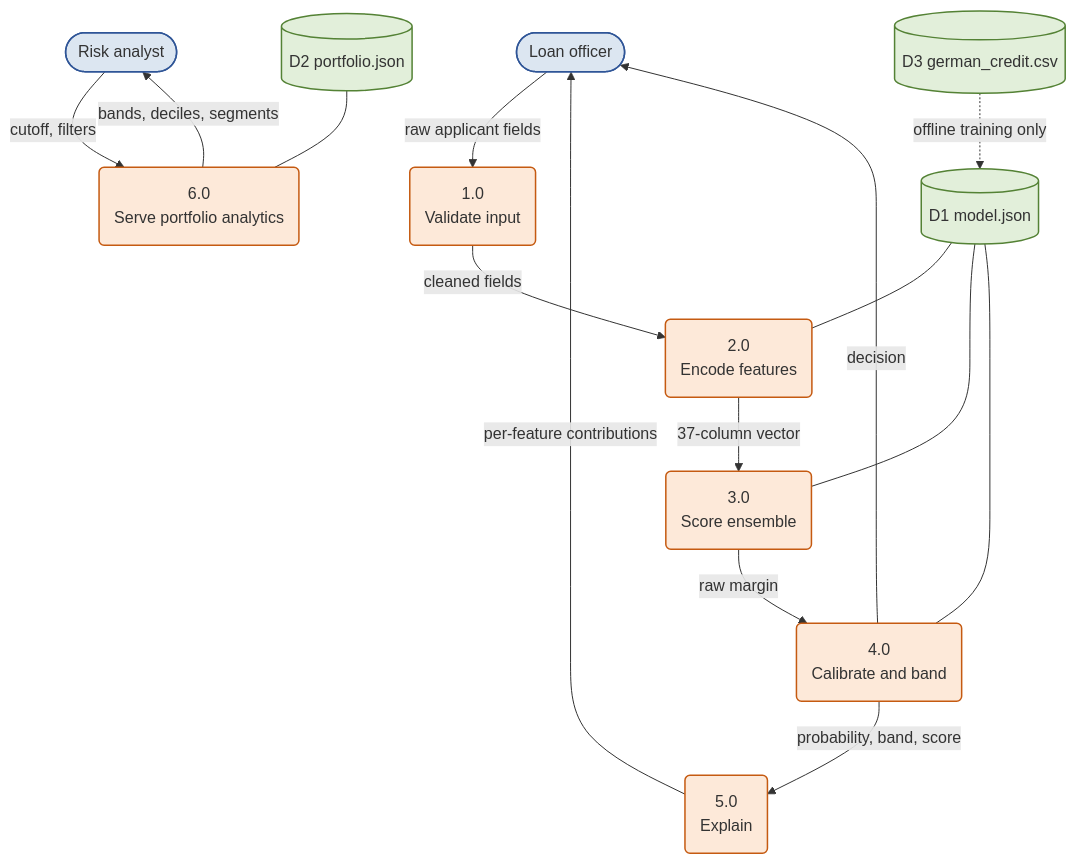
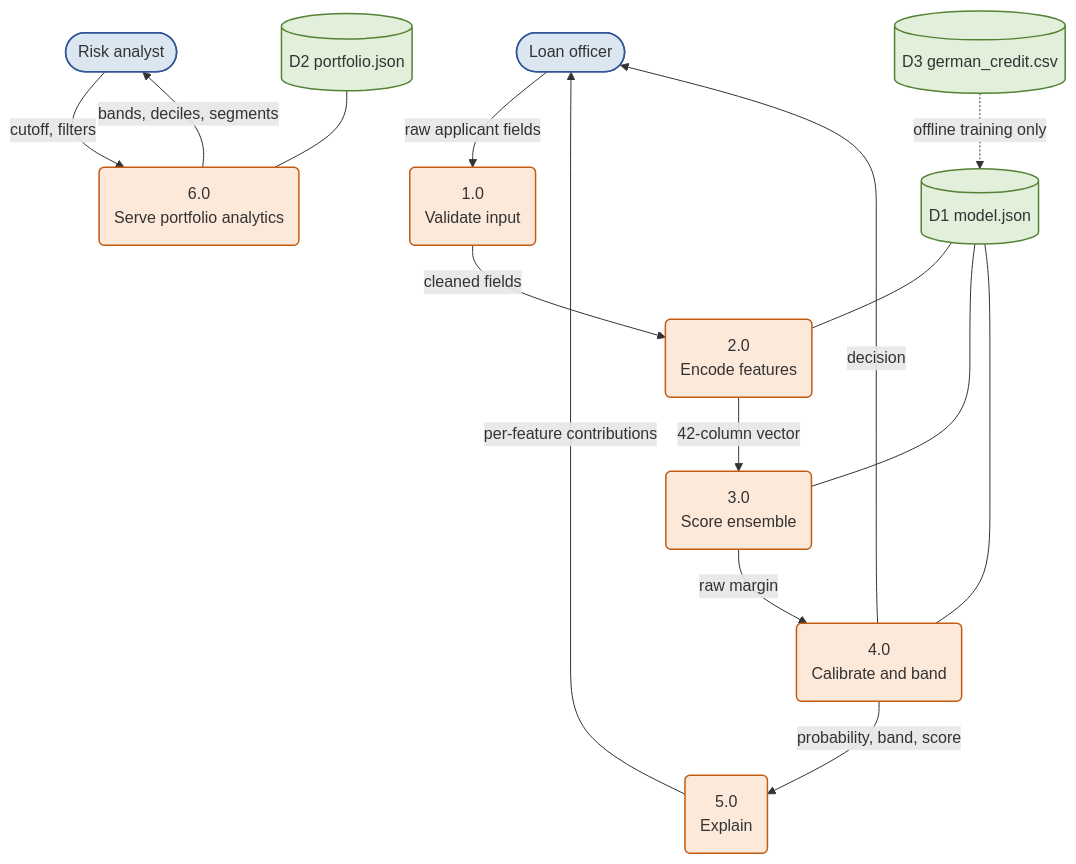
Before and after one commit to gursimrannkaurr/credoscore: the diagram in report/diagrams/fig-3-5-dfd1.mmd, drawn with Mermaid. The commit also changed 28 other files, not shown here.

```diff
--- a/report/diagrams/fig-3-5-dfd1.mmd
+++ b/report/diagrams/fig-3-5-dfd1.mmd
@@ -1,38 +1,38 @@
 flowchart TB
     LO(["Loan officer"])
     RA(["Risk analyst"])
 
     P1("1.0<br/>Validate input")
     P2("2.0<br/>Encode features")
     P3("3.0<br/>Score ensemble")
     P4("4.0<br/>Calibrate and band")
     P5("5.0<br/>Explain")
     P6("6.0<br/>Serve portfolio analytics")
 
     D1[("D1 model.json")]
     D2[("D2 portfolio.json")]
     D3[("D3 german_credit.csv")]
 
     LO -- "raw applicant fields" --> P1
     P1 -- "cleaned fields" --> P2
-    P2 -- "37-column vector" --> P3
+    P2 -- "42-column vector" --> P3
     D1 --- P2
     D1 --- P3
     P3 -- "raw margin" --> P4
     D1 --- P4
     P4 -- "probability, band, score" --> P5
     P5 -- "per-feature contributions" --> LO
     P4 -- "decision" --> LO
 
     RA -- "cutoff, filters" --> P6
     D2 --- P6
     D3 -. "offline training only" .-> D1
     P6 -- "bands, deciles, segments" --> RA
 
     classDef root fill:#FDE9D9,stroke:#C55A11,stroke-width:1.5px;
     classDef mid fill:#DCE6F1,stroke:#2F5597,stroke-width:1.5px;
     classDef leaf fill:#E2EFDA,stroke:#548235,stroke-width:1.5px;
 
     class LO,RA mid
     class P1,P2,P3,P4,P5,P6 root
     class D1,D2,D3 leaf
```
